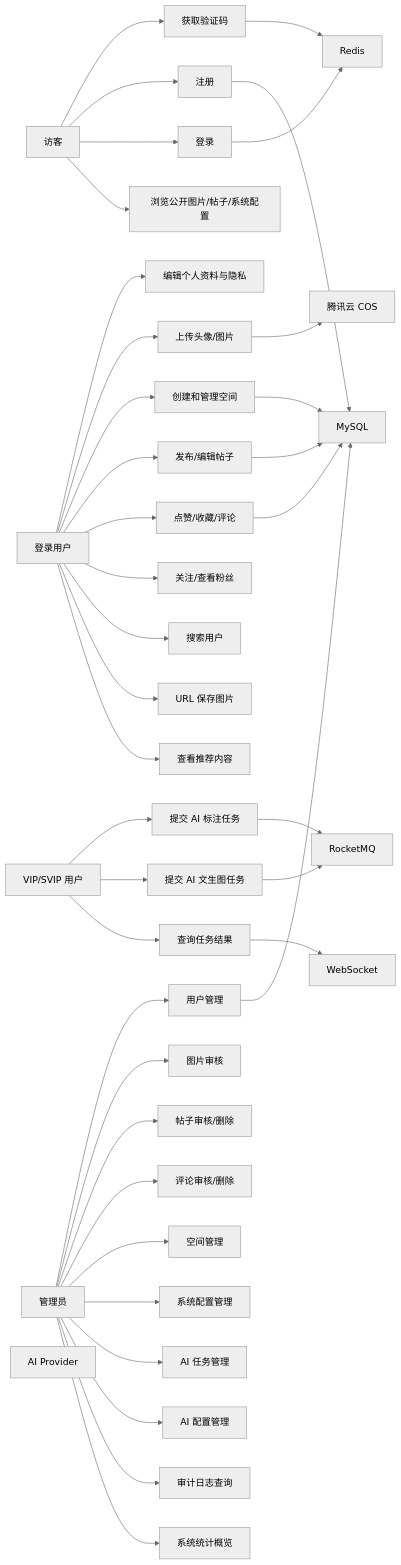
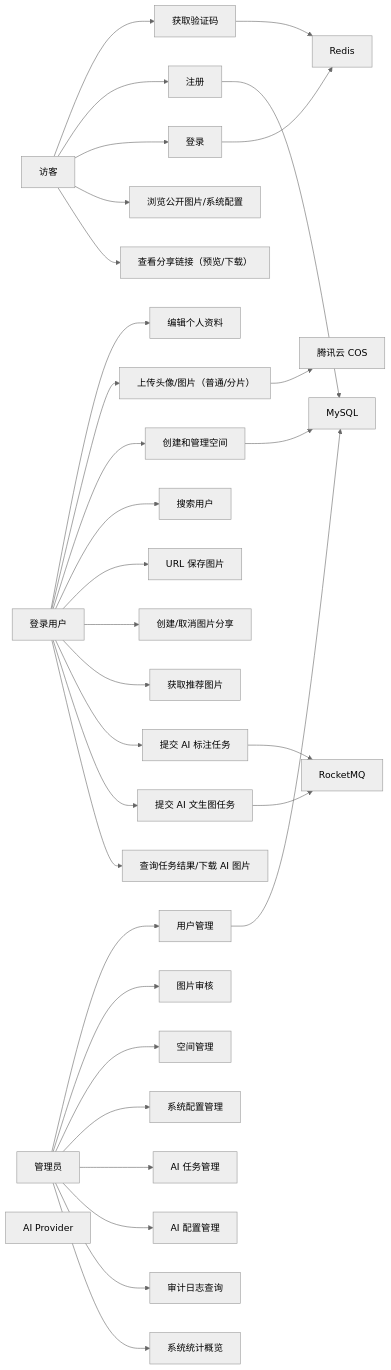
Before and after one commit to FishDuM/AI.Image.Material.Collaboration.Platform: the first of 8 diagrams in model/uml_diagrams.md, drawn with Mermaid (neutral theme). The commit also changed other lines of this file and 150 other files, not shown here.

Commit message:
缩略图、分享链接功能片上传。修复2处并发竞态，修复各链路上的bug,引入websocket和disruptor无锁队列实现团队空间协同编辑

````diff
--- a/model/uml_diagrams.md
+++ b/model/uml_diagrams.md
@@ -25,55 +25,46 @@
 ```mermaid
 flowchart LR
     Guest["访客"]
     User["登录用户"]
-    Vip["VIP/SVIP 用户"]
     Admin["管理员"]
     Redis["Redis"]
     COS["腾讯云 COS"]
     AI["AI Provider"]
     DB["MySQL"]
     MQ["RocketMQ"]
-    WS["WebSocket"]
 
     Guest --> UC1["获取验证码"]
     Guest --> UC2["注册"]
     Guest --> UC3["登录"]
-    Guest --> UC4["浏览公开图片/帖子/系统配置"]
+    Guest --> UC4["浏览公开图片/系统配置"]
+    Guest --> UC5["查看分享链接（预览/下载）"]
 
-    User --> UC5["编辑个人资料与隐私"]
-    User --> UC6["上传头像/图片"]
-    User --> UC7["创建和管理空间"]
-    User --> UC8["发布/编辑帖子"]
-    User --> UC9["点赞/收藏/评论"]
-    User --> UC10["关注/查看粉丝"]
-    User --> UC22["搜索用户"]
-    User --> UC23["URL 保存图片"]
-    User --> UC24["查看推荐内容"]
+    User --> UC6["编辑个人资料"]
+    User --> UC7["上传头像/图片（普通/分片）"]
+    User --> UC8["创建和管理空间"]
+    User --> UC9["搜索用户"]
+    User --> UC10["URL 保存图片"]
+    User --> UC11["创建/取消图片分享"]
+    User --> UC12["获取推荐图片"]
+    User --> UC13["提交 AI 标注任务"]
+    User --> UC14["提交 AI 文生图任务"]
+    User --> UC15["查询任务结果/下载 AI 图片"]
 
-    Vip --> UC11["提交 AI 标注任务"]
-    Vip --> UC12["提交 AI 文生图任务"]
-    Vip --> UC13["查询任务结果"]
-
-    Admin --> UC14["用户管理"]
-    Admin --> UC15["图片审核"]
-    Admin --> UC16["帖子审核/删除"]
-    Admin --> UC17["评论审核/删除"]
+    Admin --> UC16["用户管理"]
+    Admin --> UC17["图片审核"]
     Admin --> UC18["空间管理"]
     Admin --> UC19["系统配置管理"]
     Admin --> UC20["AI 任务管理"]
     Admin --> UC21["AI 配置管理"]
-    Admin --> UC25["审计日志查询"]
-    Admin --> UC26["系统统计概览"]
+    Admin --> UC22["审计日志查询"]
+    Admin --> UC23["系统统计概览"]
 
     UC1 --> Redis
     UC3 --> Redis
-    UC6 --> COS
-    UC11 --> MQ
-    UC12 --> MQ
-    UC13 --> WS
+    UC7 --> COS
+    UC13 --> MQ
+    UC14 --> MQ
     UC2 --> DB
-    UC7 --> DB
     UC8 --> DB
-    UC9 --> DB
-    UC14 --> DB
+    UC16 --> DB
 ```
````
